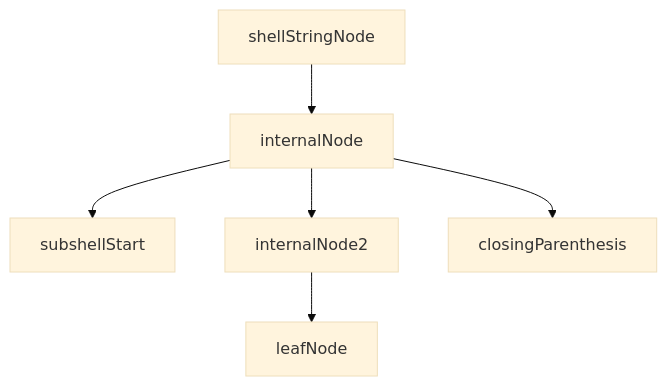
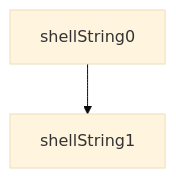
One commit to michael-amiethyst/homebrew-core changed the first of 2 diagrams in documentation/contributing/unnest.md. Above: the diagram before and after it, drawn with Mermaid (base theme). The commit also changed other lines of this file and 7 other files, not shown here.

Commit message:
0.9.0 - Added mermaid graph method for logging

````diff
--- a/documentation/contributing/unnest.md
+++ b/documentation/contributing/unnest.md
@@ -15,10 +15,4 @@
 ```mermaid
 graph TD;
-    shellStringNode --> internalNode
-
-    internalNode --> subshellStart
-    internalNode --> internalNode2
-    internalNode --> closingParenthesis
-    
-    internalNode2 --> leafNode
+    shellString0 --> shellString1
 ```
````
